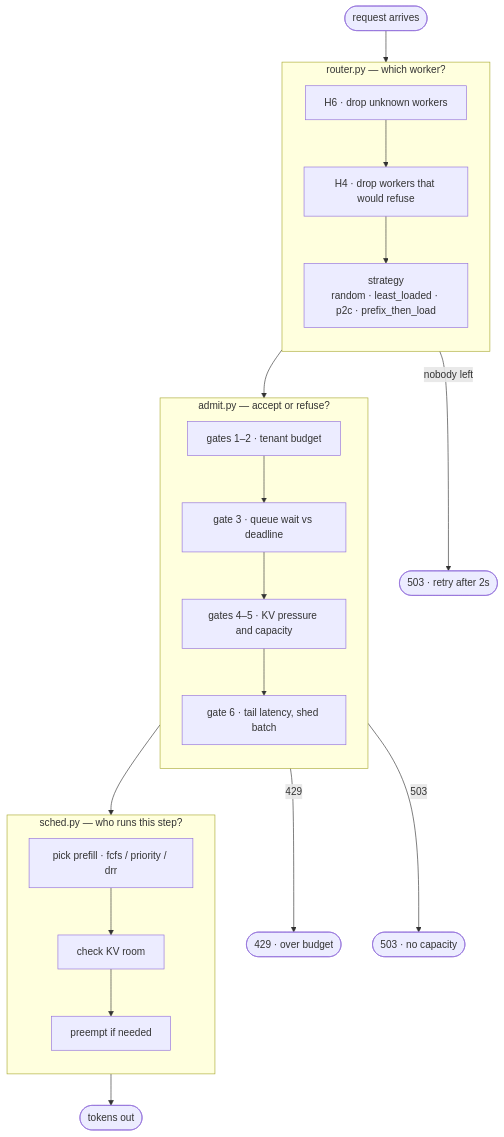
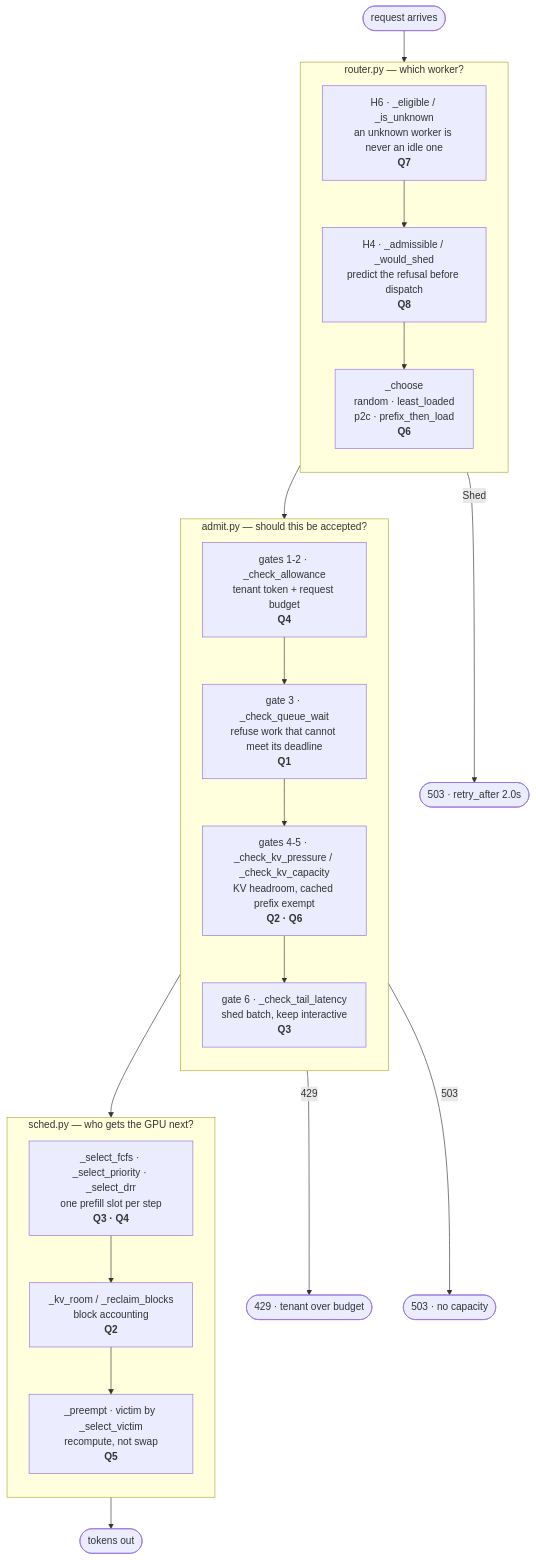
One commit to cduggn/mini-llm-serving-sim changed the diagram in README.md. Above: the diagram before and after it, drawn with Mermaid. The commit also changed other lines of this file, not shown here.

Commit message:
README: restore the original flow diagram

````diff
--- a/README.md
+++ b/README.md
@@ -22,38 +22,38 @@
 ```mermaid
 flowchart TD
     REQ(["request arrives"]) --> R
 
     subgraph R["router.py — which worker?"]
         direction TB
-        H6["H6 · drop unknown workers"]
-        H4["H4 · drop workers that would refuse"]
-        STRAT["strategy<br/>random · least_loaded · p2c · prefix_then_load"]
+        H6["H6 · _eligible / _is_unknown<br/>an unknown worker is never an idle one<br/><b>Q7</b>"]
+        H4["H4 · _admissible / _would_shed<br/>predict the refusal before dispatch<br/><b>Q8</b>"]
+        STRAT["_choose<br/>random · least_loaded<br/>p2c · prefix_then_load<br/><b>Q6</b>"]
         H6 --> H4 --> STRAT
     end
 
-    R -->|nobody left| SHED(["503 · retry after 2s"])
+    R -->|Shed| SHED503(["503 · retry_after 2.0s"])
     R --> A
 
-    subgraph A["admit.py — accept or refuse?"]
+    subgraph A["admit.py — should this be accepted?"]
         direction TB
-        G12["gates 1–2 · tenant budget"]
-        G3["gate 3 · queue wait vs deadline"]
-        G45["gates 4–5 · KV pressure and capacity"]
-        G6["gate 6 · tail latency, shed batch"]
+        G12["gates 1-2 · _check_allowance<br/>tenant token + request budget<br/><b>Q4</b>"]
+        G3["gate 3 · _check_queue_wait<br/>refuse work that cannot meet its deadline<br/><b>Q1</b>"]
+        G45["gates 4-5 · _check_kv_pressure / _check_kv_capacity<br/>KV headroom, cached prefix exempt<br/><b>Q2 · Q6</b>"]
+        G6["gate 6 · _check_tail_latency<br/>shed batch, keep interactive<br/><b>Q3</b>"]
         G12 --> G3 --> G45 --> G6
     end
 
-    A -->|429| QUOTA(["429 · over budget"])
+    A -->|429| QUOTA(["429 · tenant over budget"])
     A -->|503| CAP(["503 · no capacity"])
     A --> S
 
-    subgraph S["sched.py — who runs this step?"]
+    subgraph S["sched.py — who gets the GPU next?"]
         direction TB
-        SEL["pick prefill · fcfs / priority / drr"]
-        KV["check KV room"]
-        PRE["preempt if needed"]
+        SEL["_select_fcfs · _select_priority · _select_drr<br/>one prefill slot per step<br/><b>Q3 · Q4</b>"]
+        KV["_kv_room / _reclaim_blocks<br/>block accounting<br/><b>Q2</b>"]
+        PRE["_preempt · victim by _select_victim<br/>recompute, not swap<br/><b>Q5</b>"]
         SEL --> KV --> PRE
     end
 
     S --> DONE(["tokens out"])
 ```
````
